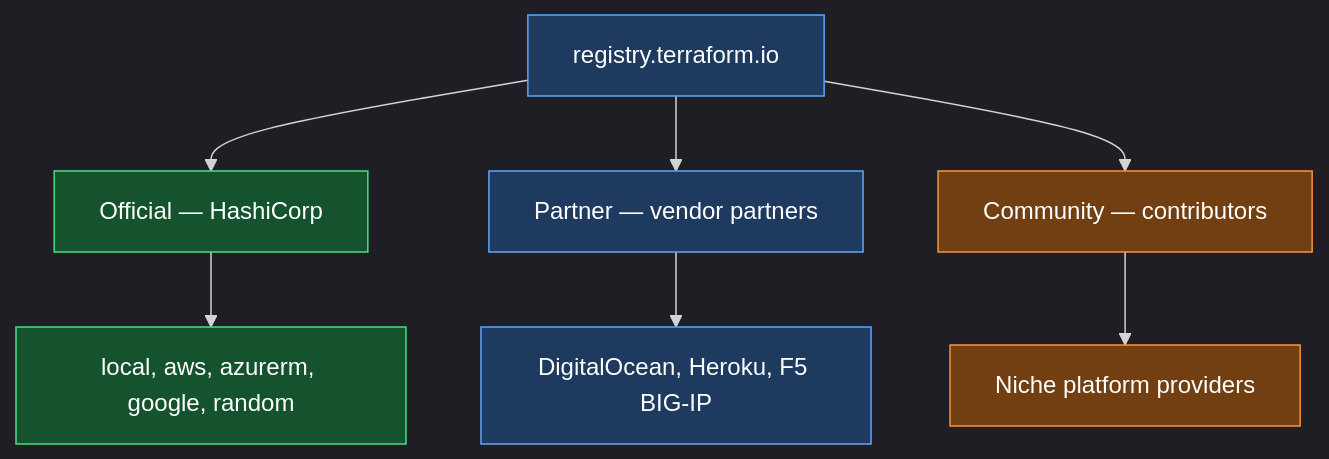
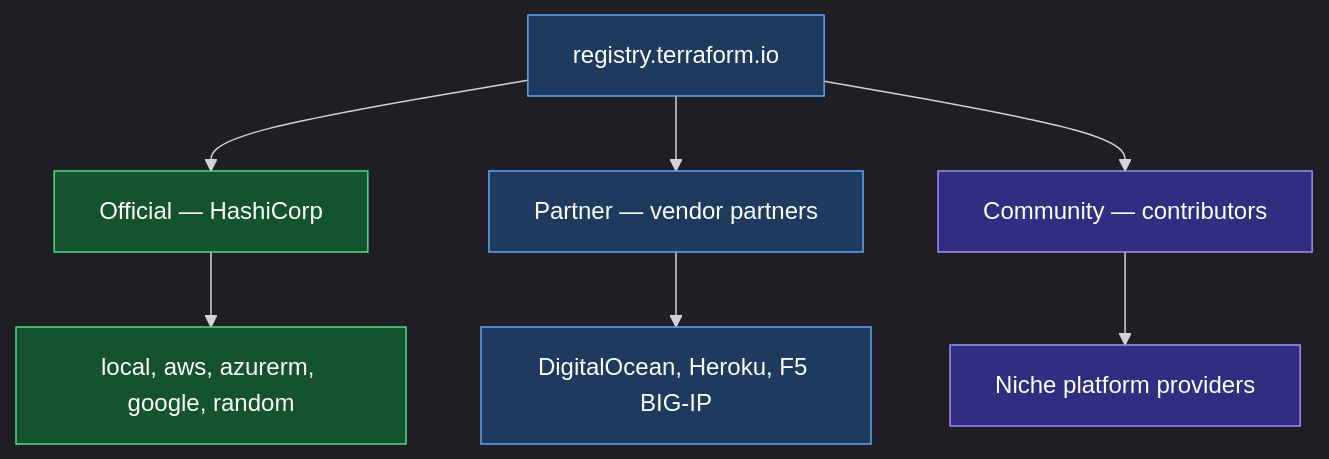
The ninth of 9 diagrams in 04_Core_Terraform_Basics/01_Terraform_Provider.md (nirajp82/Terraform_Basics), drawn with Mermaid before and after one commit. The commit also changed other lines of this file and 2 other files, not shown here.

Commit message:
Update Diagram

````diff
--- a/04_Core_Terraform_Basics/01_Terraform_Provider.md
+++ b/04_Core_Terraform_Basics/01_Terraform_Provider.md
@@ -343,18 +343,18 @@
 ```mermaid
-%%{init: {'theme': 'dark'}}%%
+%%{init: {'theme': 'dark', 'flowchart': {'htmlLabels': true}}}%%
 flowchart TD
     REG["registry.terraform.io"] --> OFF["Official — HashiCorp"]
     REG --> PART["Partner — vendor partners"]
     REG --> COMM["Community — contributors"]
     OFF --> E1["local, aws, azurerm, google, random"]
     PART --> E2["DigitalOcean, Heroku, F5 BIG-IP"]
     COMM --> E3["Niche platform providers"]
 
     style REG fill:#1e3a5f,stroke:#60a5fa,color:#ffffff
     style OFF fill:#14532d,stroke:#4ade80,color:#ffffff
     style E1 fill:#14532d,stroke:#4ade80,color:#ffffff
     style PART fill:#1e3a5f,stroke:#60a5fa,color:#ffffff
     style E2 fill:#1e3a5f,stroke:#60a5fa,color:#ffffff
-    style COMM fill:#713f12,stroke:#fb923c,color:#ffffff
-    style E3 fill:#713f12,stroke:#fb923c,color:#ffffff
+    style COMM fill:#312e81,stroke:#a78bfa,color:#ffffff
+    style E3 fill:#312e81,stroke:#a78bfa,color:#ffffff
 ```
````
